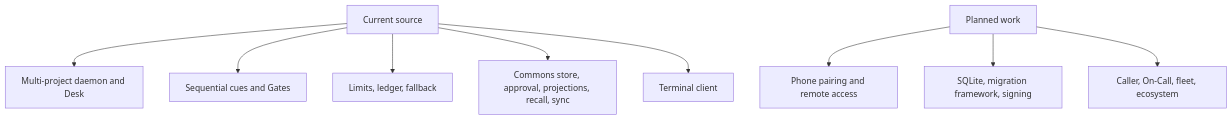
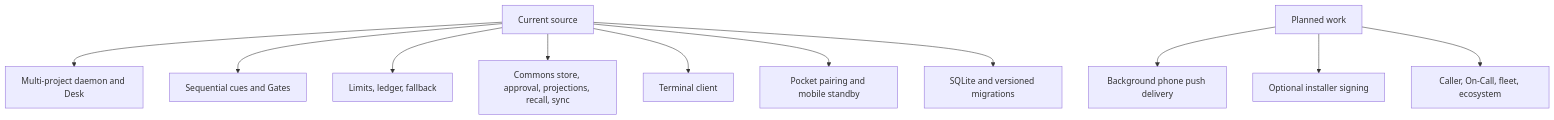
The third of 3 diagrams in docs/system-design/architecture.md (npyrz/Cuesheet), drawn with Mermaid before and after one commit. The commit also changed other lines of this file and 34 other files, not shown here.

First line of the commit message:
Add Pocket phone pairing and standby UI

````diff
--- a/docs/system-design/architecture.md
+++ b/docs/system-design/architecture.md
@@ -81,16 +86,18 @@
 ```mermaid
 flowchart TB
     Current[Current source]
     Planned[Planned work]
 
     Current --> C1[Multi-project daemon and Desk]
     Current --> C2[Sequential cues and Gates]
     Current --> C3[Limits, ledger, fallback]
     Current --> C4[Commons store, approval, projections, recall, sync]
 
     Current --> C5[Terminal client]
 
-    Planned --> P1[Phone pairing and remote access]
-    Planned --> P2[SQLite, migration framework, signing]
+    Current --> C6[Pocket pairing and mobile standby]
+    Current --> C7[SQLite and versioned migrations]
+    Planned --> P1[Background phone push delivery]
+    Planned --> P2[Optional installer signing]
     Planned --> P3[Caller, On-Call, fleet, ecosystem]
 ```
````
